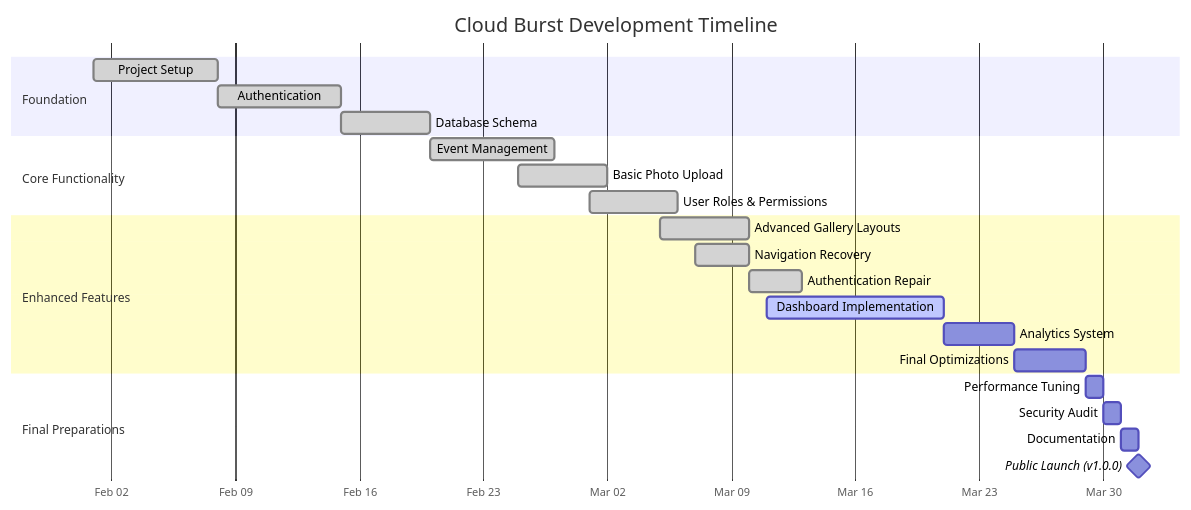
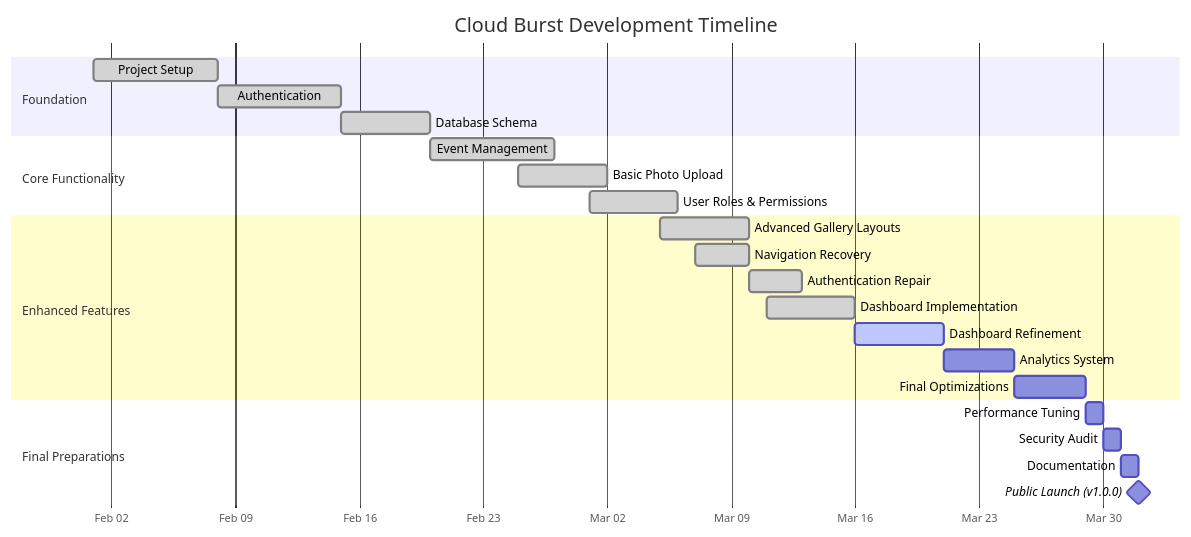
One commit to mrj0nesmtl/cloud-burst changed the first of 2 diagrams in docs/planning/roadmap.md. Above: the diagram before and after it, drawn with Mermaid. The commit also changed other lines of this file and 33 other files, not shown here.

````diff
--- a/docs/planning/roadmap.md
+++ b/docs/planning/roadmap.md
@@ -41,30 +41,31 @@
 ```mermaid
 gantt
     title Cloud Burst Development Timeline
     dateFormat  YYYY-MM-DD
     axisFormat %b %d
     
     section Foundation
     Project Setup           :done, f1, 2025-02-01, 7d
     Authentication          :done, f2, 2025-02-08, 7d
     Database Schema         :done, f3, 2025-02-15, 5d
     
     section Core Functionality
     Event Management        :done, c1, 2025-02-20, 7d
     Basic Photo Upload      :done, c2, 2025-02-25, 5d
     User Roles & Permissions:done, c3, 2025-03-01, 5d
     
     section Enhanced Features
     Advanced Gallery Layouts:done, e1, 2025-03-05, 5d
     Navigation Recovery     :done, e2, 2025-03-07, 3d
     Authentication Repair   :done, e3, 2025-03-10, 3d
-    Dashboard Implementation:active, e4, 2025-03-11, 10d
-    Analytics System        :e5, 2025-03-21, 4d
-    Final Optimizations     :e6, 2025-03-25, 4d
+    Dashboard Implementation:done, e4, 2025-03-11, 5d
+    Dashboard Refinement    :active, e5, 2025-03-16, 5d
+    Analytics System        :e6, 2025-03-21, 4d
+    Final Optimizations     :e7, 2025-03-25, 4d
     
     section Final Preparations
     Performance Tuning      :o1, 2025-03-29, 1d
     Security Audit          :o2, 2025-03-30, 1d
     Documentation           :l2, 2025-03-31, 1d
     Public Launch (v1.0.0)  :milestone, l3, 2025-04-01, 0d
 ```
````
